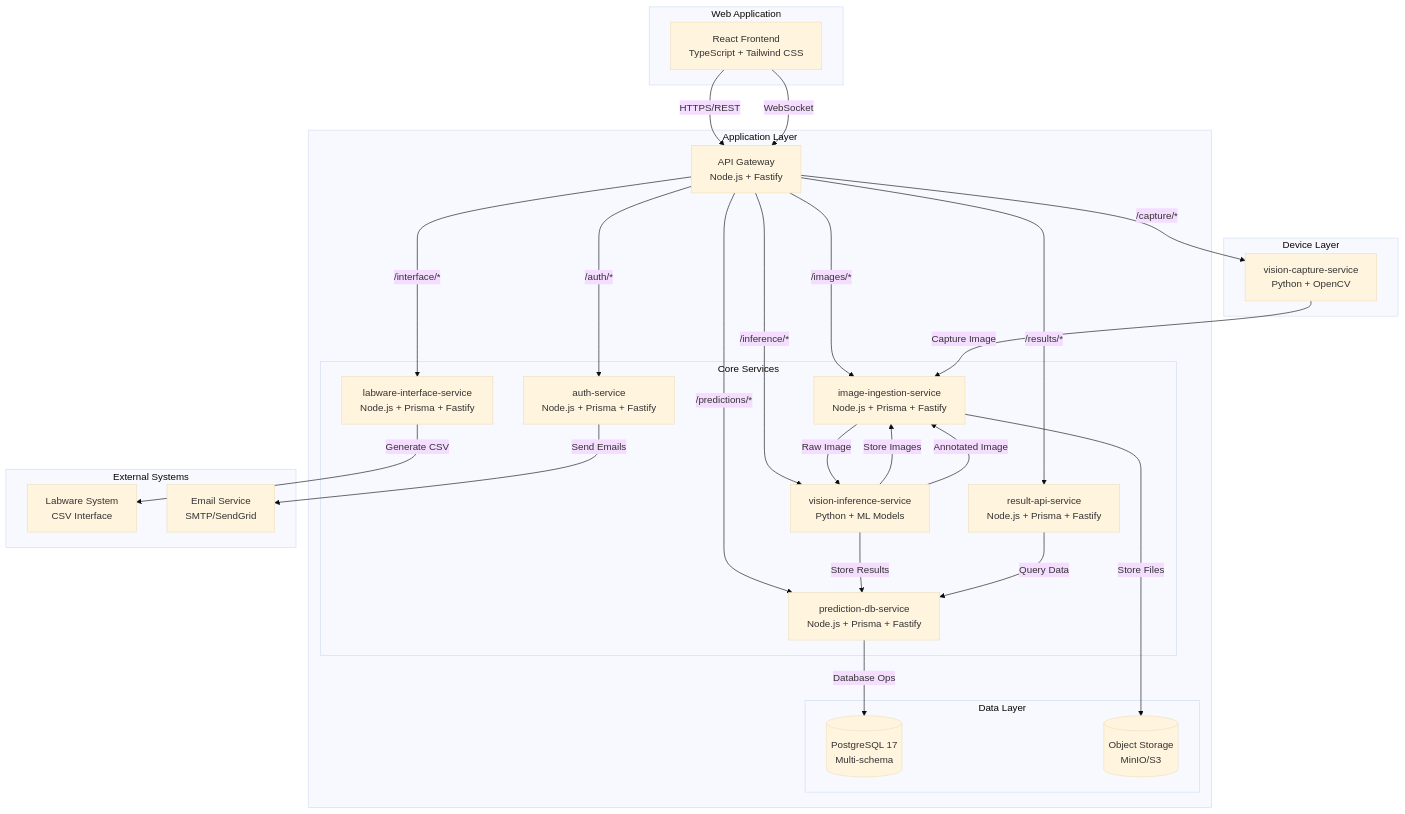
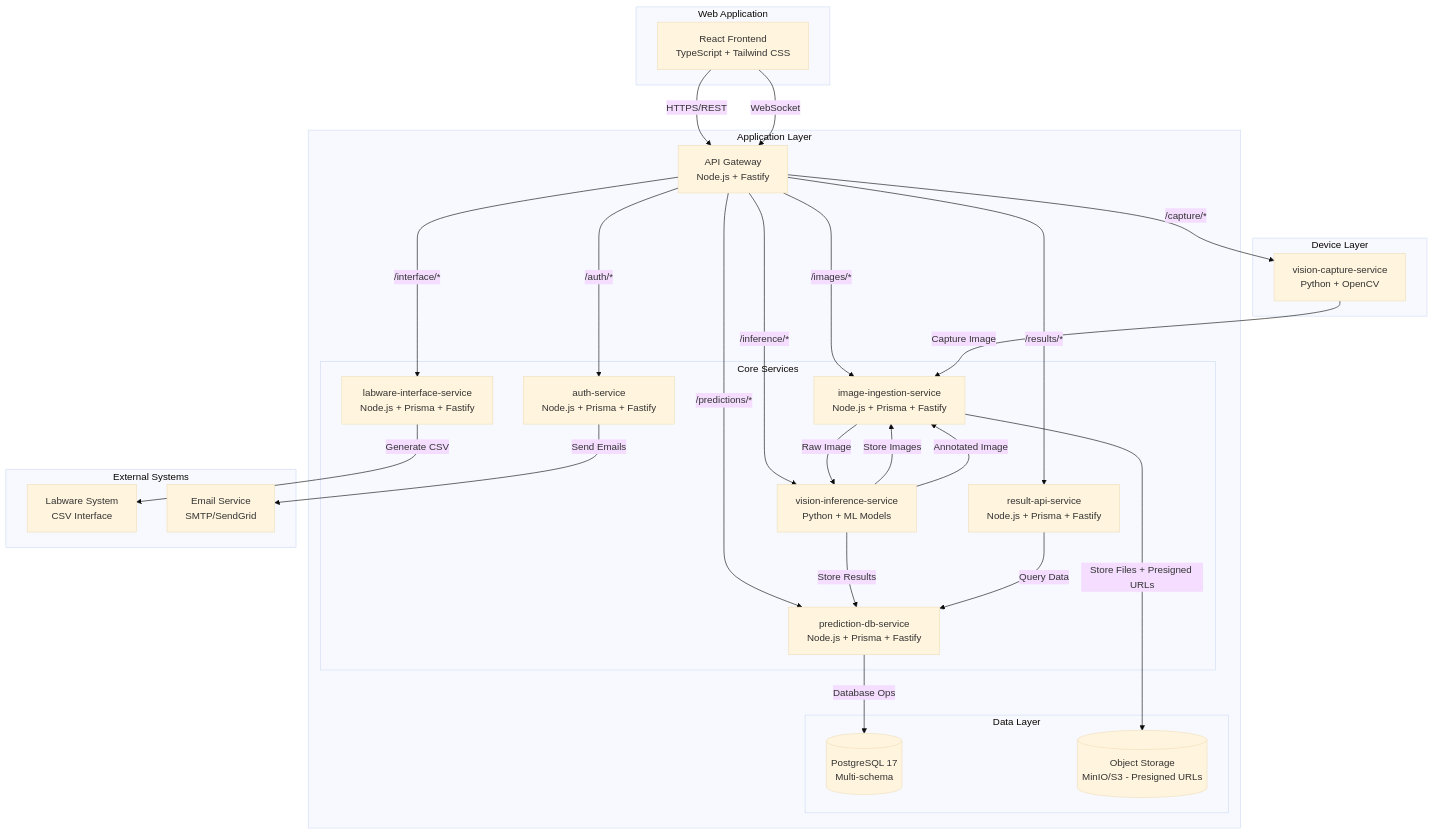
Before and after one commit to AmnadTaowsoam/MICROPLATE-AI-System: the diagram in docs/01-Architecture-Overview.md, drawn with Mermaid (base theme). The commit also changed 66 other files, not shown here.

````diff
--- a/docs/01-Architecture-Overview.md
+++ b/docs/01-Architecture-Overview.md
@@ -9,60 +9,60 @@
 ```mermaid
 graph TB
     subgraph "Device Layer"
         VC[vision-capture-service<br/>Python + OpenCV]
     end
 
     subgraph "Application Layer"
         GW[API Gateway<br/>Node.js + Fastify]
         
         subgraph "Core Services"
             AUTH[auth-service<br/>Node.js + Prisma + Fastify]
             IMG[image-ingestion-service<br/>Node.js + Prisma + Fastify]
             INF[vision-inference-service<br/>Python + ML Models]
             PDB[prediction-db-service<br/>Node.js + Prisma + Fastify]
             RES[result-api-service<br/>Node.js + Prisma + Fastify]
             LAB[labware-interface-service<br/>Node.js + Prisma + Fastify]
         end
         
         subgraph "Data Layer"
             PG[(PostgreSQL 17<br/>Multi-schema)]
-            OBJ[(Object Storage<br/>MinIO/S3)]
+            OBJ[(Object Storage<br/>MinIO/S3 - Presigned URLs)]
         end
     end
 
     subgraph "Web Application"
         FE[React Frontend<br/>TypeScript + Tailwind CSS]
     end
 
     subgraph "External Systems"
         LABWARE[Labware System<br/>CSV Interface]
         EMAIL[Email Service<br/>SMTP/SendGrid]
     end
 
     %% Frontend connections
     FE -->|HTTPS/REST| GW
     FE -->|WebSocket| GW
 
     %% Gateway routing
     GW -->|/auth/*| AUTH
     GW -->|/images/*| IMG
     GW -->|/inference/*| INF
     GW -->|/predictions/*| PDB
     GW -->|/results/*| RES
     GW -->|/interface/*| LAB
     GW -->|/capture/*| VC
 
     %% Service connections
     INF -->|Store Results| PDB
     PDB -->|Database Ops| PG
     INF -->|Store Images| IMG
-    IMG -->|Store Files| OBJ
+    IMG -->|Store Files + Presigned URLs| OBJ
     RES -->|Query Data| PDB
     LAB -->|Generate CSV| LABWARE
     AUTH -->|Send Emails| EMAIL
 
     %% Data flow
     VC -->|Capture Image| IMG
     IMG -->|Raw Image| INF
     INF -->|Annotated Image| IMG
 ```
````
